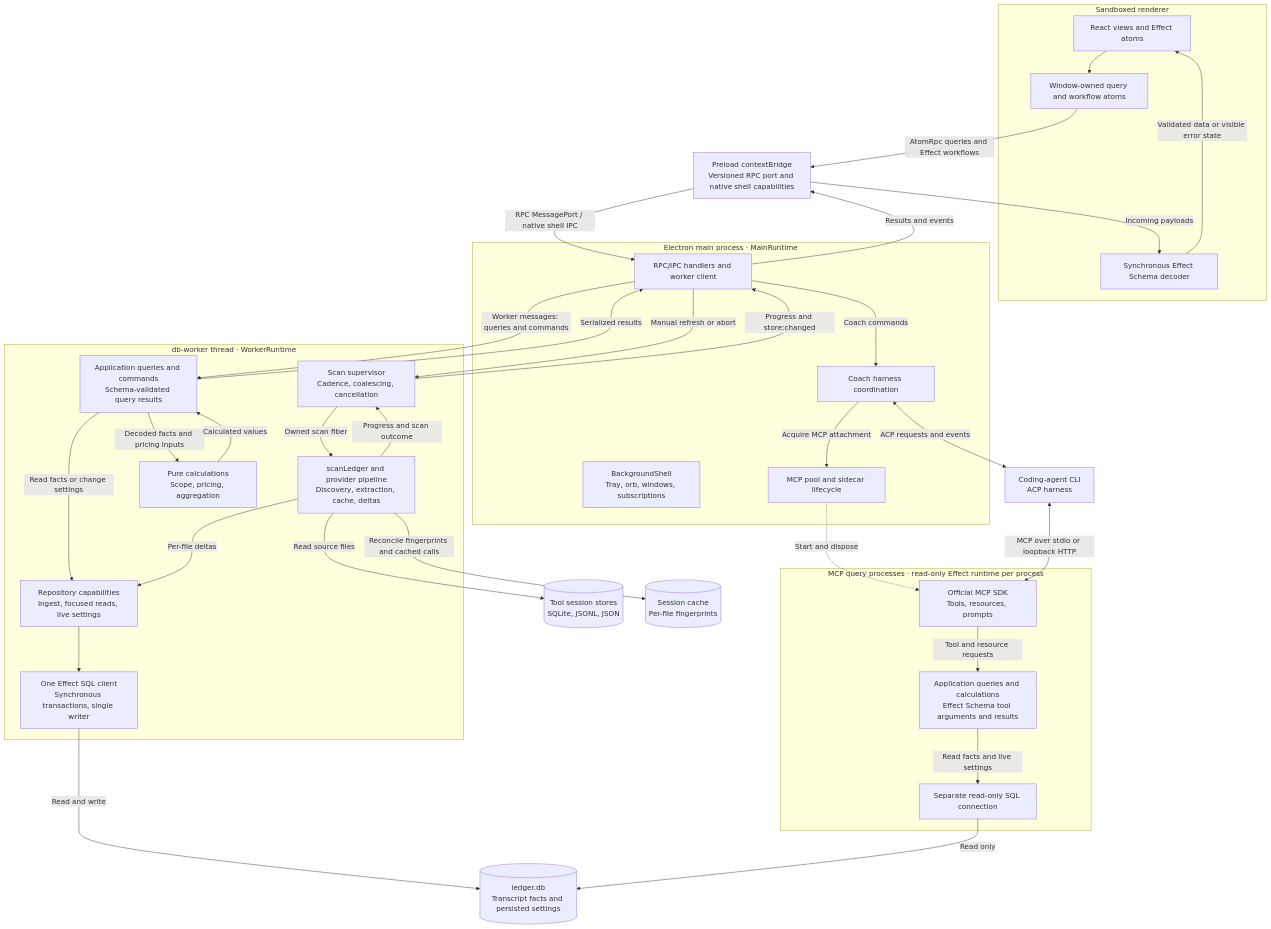
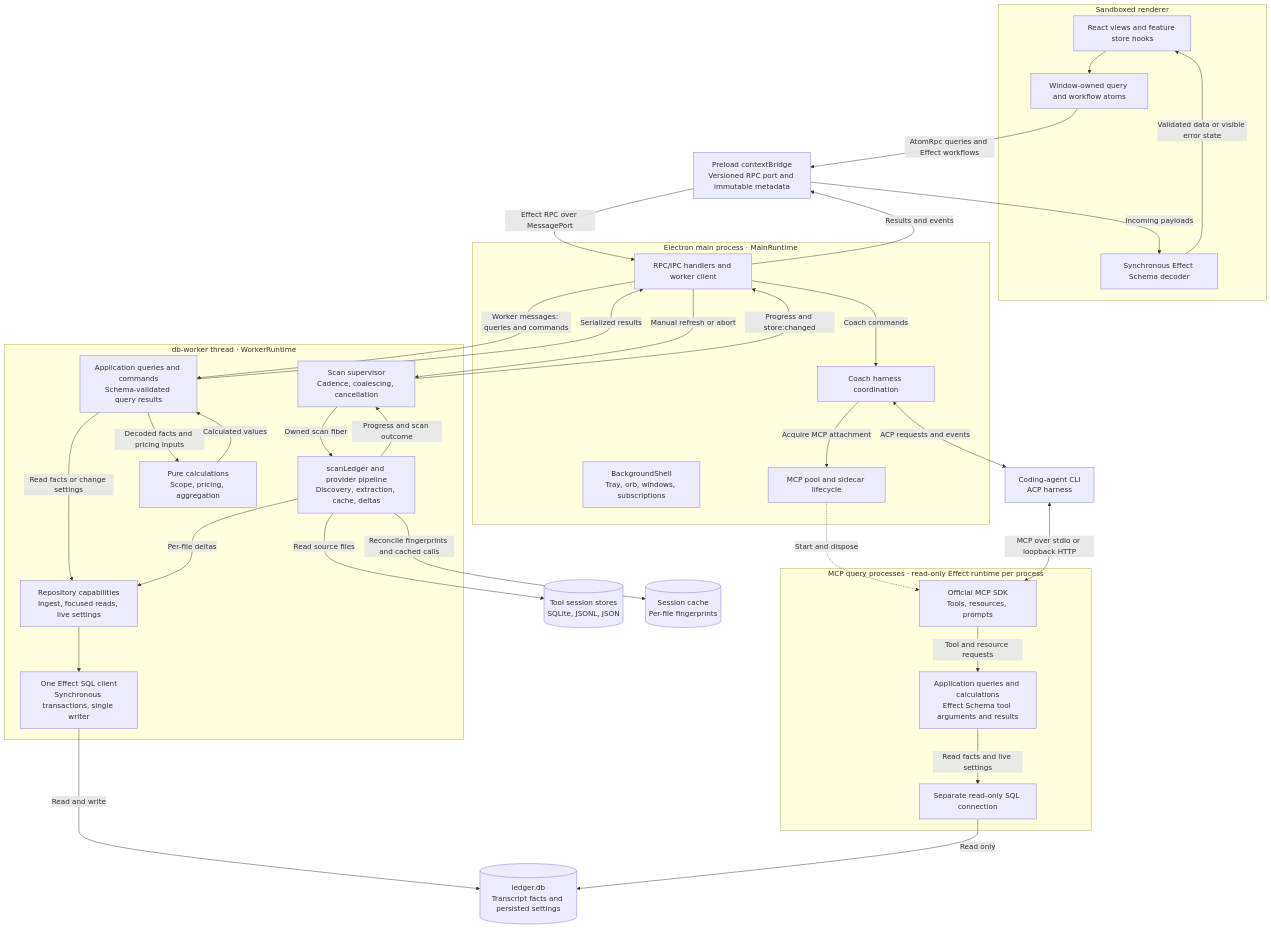
One commit to Pasquale-Favella/watchtower changed the diagram in docs/architecture.md. Above: the diagram before and after it, drawn with Mermaid. The commit also changed other lines of this file and 47 other files, not shown here.

Commit message:
refactor(rpc): unify native shell and Orb transport

````diff
--- a/docs/architecture.md
+++ b/docs/architecture.md
@@ -16,69 +16,69 @@
 ```mermaid
 flowchart TB
     subgraph renderer["Sandboxed renderer"]
-        ui["React views and Effect atoms"]
+        ui["React views and feature store hooks"]
         workflows["Window-owned query and workflow atoms"]
         decoder["Synchronous Effect Schema decoder"]
         ui --> workflows
         workflows ~~~ decoder
     end
 
-    preload["Preload contextBridge<br/>Versioned RPC port and native shell capabilities"]
+    preload["Preload contextBridge<br/>Versioned RPC port and immutable metadata"]
 
     subgraph main["Electron main process · MainRuntime"]
         ipc["RPC/IPC handlers and worker client"]
         shell["BackgroundShell<br/>Tray, orb, windows, subscriptions"]
         coach["Coach harness coordination"]
         pool["MCP pool and sidecar lifecycle"]
     end
 
     subgraph worker["db-worker thread · WorkerRuntime"]
         supervisor["Scan supervisor<br/>Cadence, coalescing, cancellation"]
         scan["scanLedger and provider pipeline<br/>Discovery, extraction, cache, deltas"]
         queries["Application queries and commands<br/>Schema-validated query results"]
         calculations["Pure calculations<br/>Scope, pricing, aggregation"]
         repository["Repository capabilities<br/>Ingest, focused reads, live settings"]
         sql["One Effect SQL client<br/>Synchronous transactions, single writer"]
     end
 
     subgraph mcp["MCP query processes · read-only Effect runtime per process"]
         sdk["Official MCP SDK<br/>Tools, resources, prompts"]
         mcpQueries["Application queries and calculations<br/>Effect Schema tool arguments and results"]
         mcpSql["Separate read-only SQL connection"]
     end
 
     harness["Coding-agent CLI<br/>ACP harness"]
     sources[("Tool session stores<br/>SQLite, JSONL, JSON")]
     cache[("Session cache<br/>Per-file fingerprints")]
     ledger[("ledger.db<br/>Transcript facts and persisted settings")]
 
     workflows -->|"AtomRpc queries and Effect workflows"| preload
-    preload -->|"RPC MessagePort / native shell IPC"| ipc
+    preload -->|"Effect RPC over MessagePort"| ipc
     ipc -->|"Results and events"| preload
     preload -->|"Incoming payloads"| decoder
     decoder -->|"Validated data or visible error state"| ui
 
     ipc -->|"Worker messages: queries and commands"| queries
     queries -->|"Read facts or change settings"| repository
     queries -->|"Decoded facts and pricing inputs"| calculations
     calculations -->|"Calculated values"| queries
     queries -->|"Serialized results"| ipc
     ipc -->|"Manual refresh or abort"| supervisor
     supervisor -->|"Owned scan fiber"| scan
     scan -->|"Read source files"| sources
     scan -->|"Reconcile fingerprints and cached calls"| cache
     scan -->|"Per-file deltas"| repository
     repository --> sql
     sql -->|"Read and write"| ledger
     scan -->|"Progress and scan outcome"| supervisor
     supervisor -->|"Progress and store:changed"| ipc
 
     ipc -->|"Coach commands"| coach
     coach <-->|"ACP requests and events"| harness
     pool -.->|"Start and dispose"| sdk
     coach -->|"Acquire MCP attachment"| pool
     harness <-->|"MCP over stdio or loopback HTTP"| sdk
     sdk -->|"Tool and resource requests"| mcpQueries
     mcpQueries -->|"Read facts and live settings"| mcpSql
     mcpSql -->|"Read only"| ledger
 ```
````
